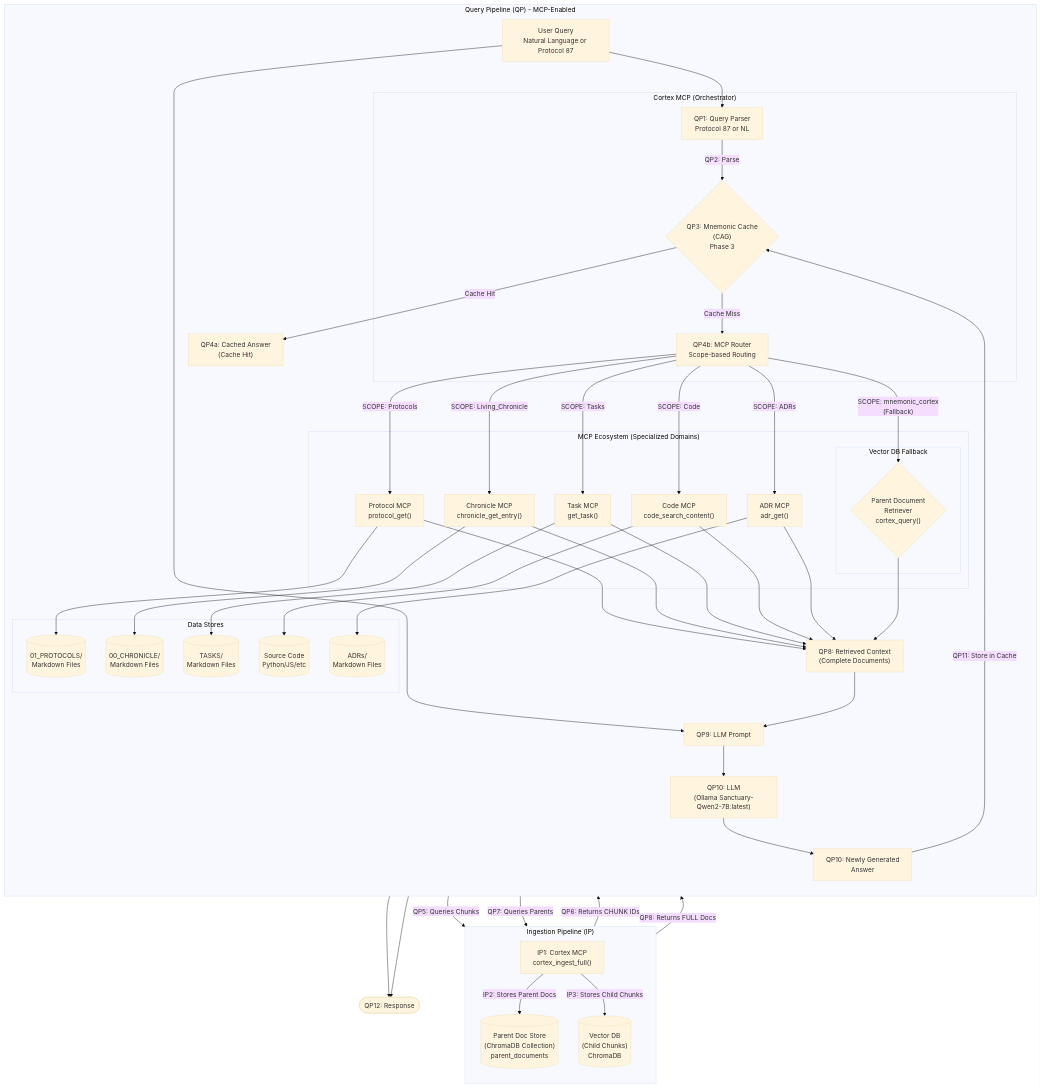
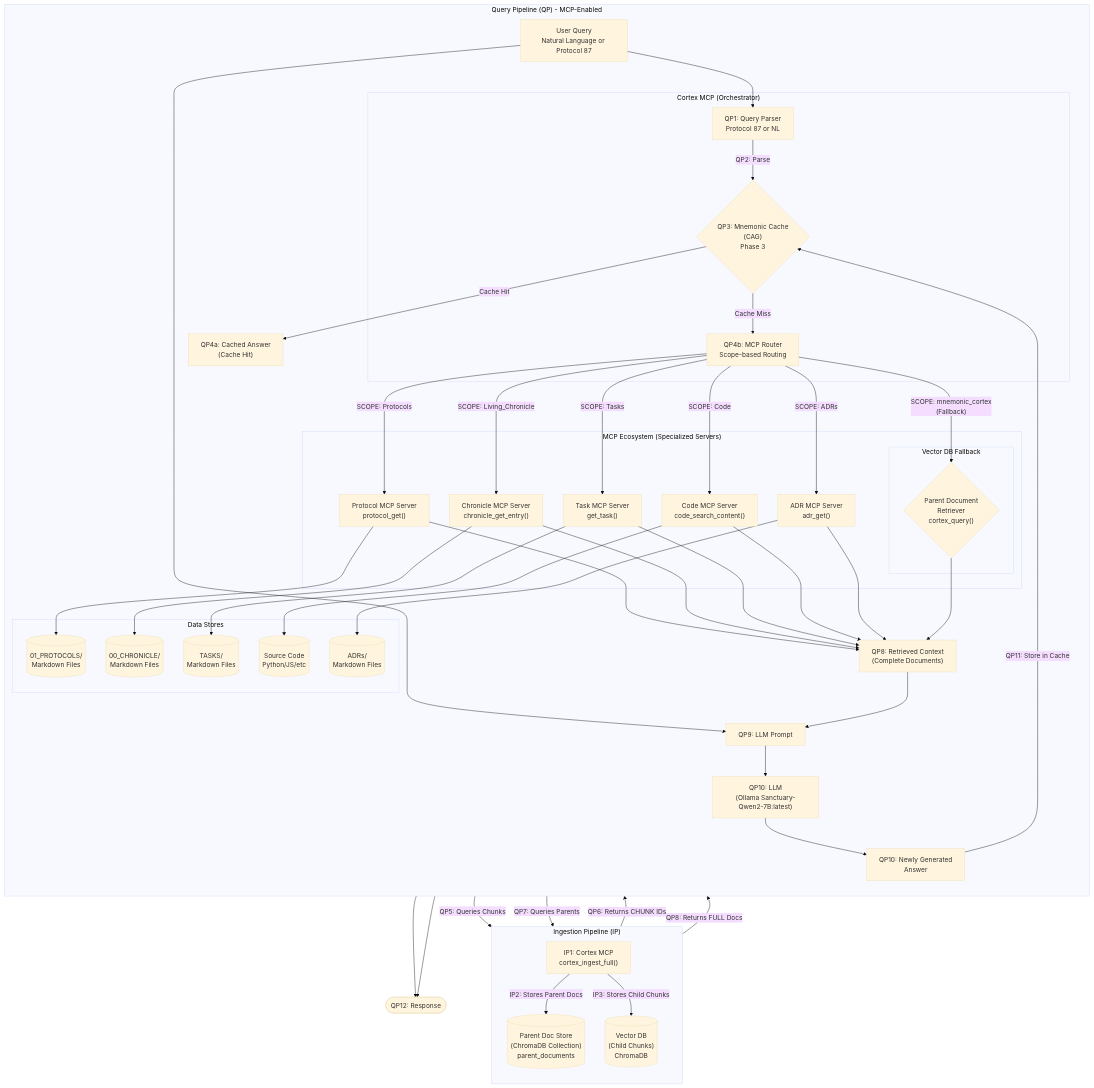
Before and after one commit to richfrem/Project_Sanctuary: the third of 4 diagrams in README.md, drawn with Mermaid. The commit also changed other lines of this file, not shown here.

First line of the commit message:
Feature/task 075 update tasks (#52)

```diff
--- a/README.md
+++ b/README.md
@@ -177,12 +179,12 @@
         
         CachedAnswer["QP4a: Cached Answer<br/>(Cache Hit)"]
         
-        subgraph MCPs["MCP Ecosystem (Specialized Domains)"]
-            ProtocolMCP["Protocol MCP<br/>protocol_get()"]
-            ChronicleMCP["Chronicle MCP<br/>chronicle_get_entry()"]
-            TaskMCP["Task MCP<br/>get_task()"]
-            CodeMCP["Code MCP<br/>code_search_content()"]
-            ADRMCP["ADR MCP<br/>adr_get()"]
+        subgraph MCPs["MCP Ecosystem (Specialized Servers)"]
+            ProtocolMCP["Protocol MCP Server<br/>protocol_get()"]
+            ChronicleMCP["Chronicle MCP Server<br/>chronicle_get_entry()"]
+            TaskMCP["Task MCP Server<br/>get_task()"]
+            CodeMCP["Code MCP Server<br/>code_search_content()"]
+            ADRMCP["ADR MCP Server<br/>adr_get()"]
             
             subgraph VectorFallback["Vector DB Fallback"]
                 PDR{"Parent Document<br/>Retriever<br/>cortex_query()"}
```
